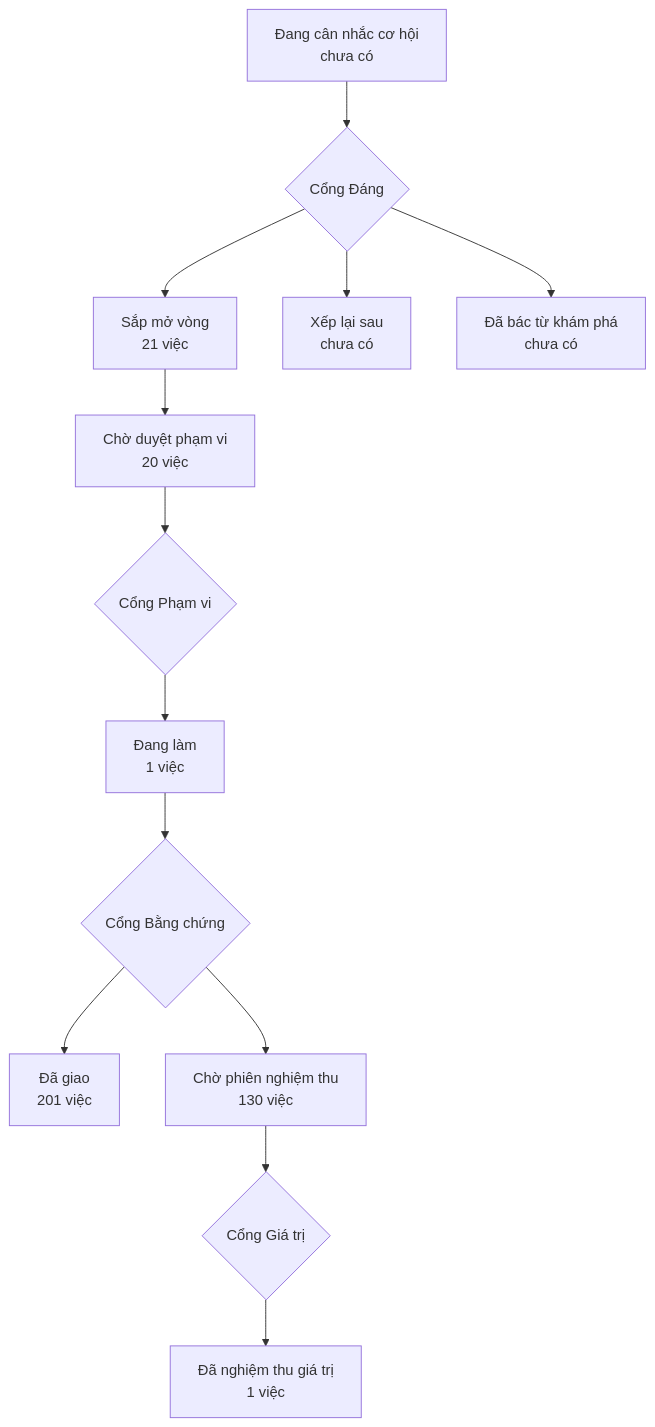
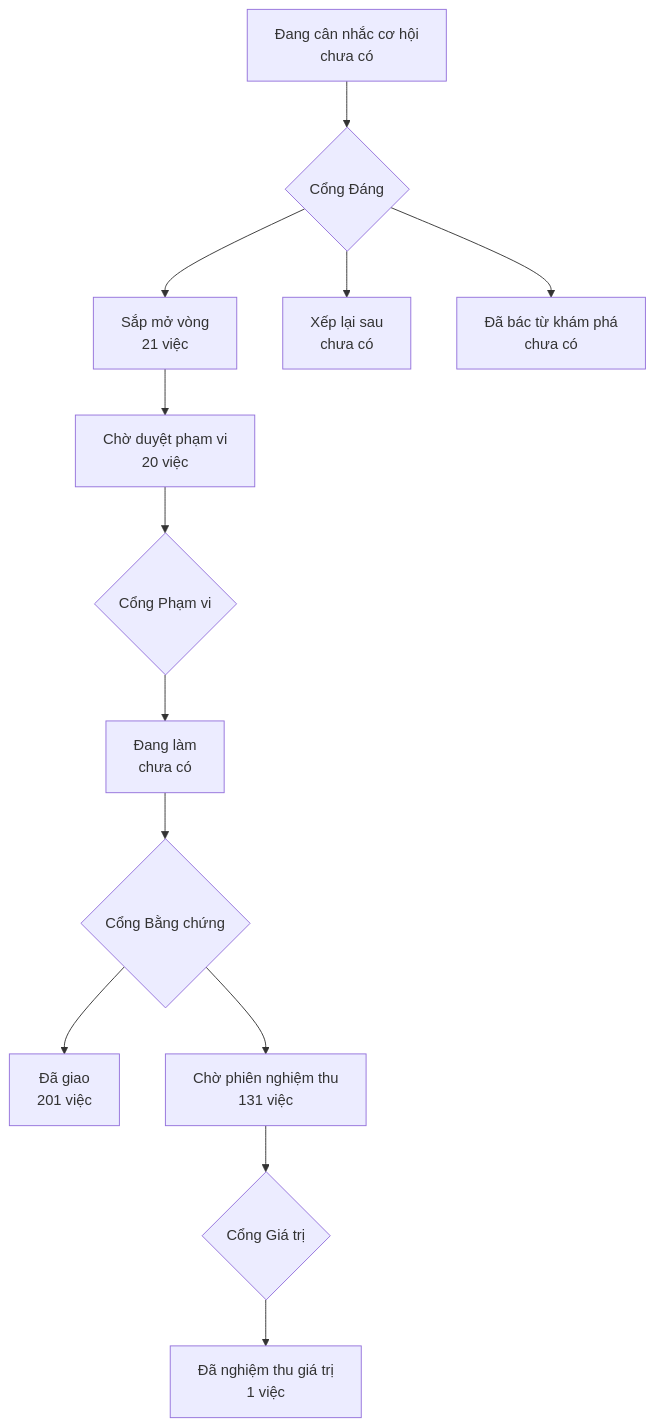
One commit to phanlemanh/onehub-invest changed the diagram in PRODUCT-MAP.md. Above: the diagram before and after it, drawn with Mermaid. The commit also changed other lines of this file and 4 other files, not shown here.

````diff
--- a/PRODUCT-MAP.md
+++ b/PRODUCT-MAP.md
@@ -7,12 +7,12 @@
 ```mermaid
 flowchart TD
   A["Đang cân nhắc cơ hội<br/>chưa có"] --> GD{"Cổng Đáng"}
   GD --> B["Sắp mở vòng<br/>21 việc"]
   GD --> XL["Xếp lại sau<br/>chưa có"]
   GD --> DB["Đã bác từ khám phá<br/>chưa có"]
   B --> CD["Chờ duyệt phạm vi<br/>20 việc"] --> GP{"Cổng Phạm vi"}
-  GP --> DL["Đang làm<br/>1 việc"] --> GB{"Cổng Bằng chứng"}
+  GP --> DL["Đang làm<br/>chưa có"] --> GB{"Cổng Bằng chứng"}
   GB --> DG["Đã giao<br/>201 việc"]
-  GB --> CN["Chờ phiên nghiệm thu<br/>130 việc"] --> GG{"Cổng Giá trị"}
+  GB --> CN["Chờ phiên nghiệm thu<br/>131 việc"] --> GG{"Cổng Giá trị"}
   GG --> NT["Đã nghiệm thu giá trị<br/>1 việc"]
 ```
````
